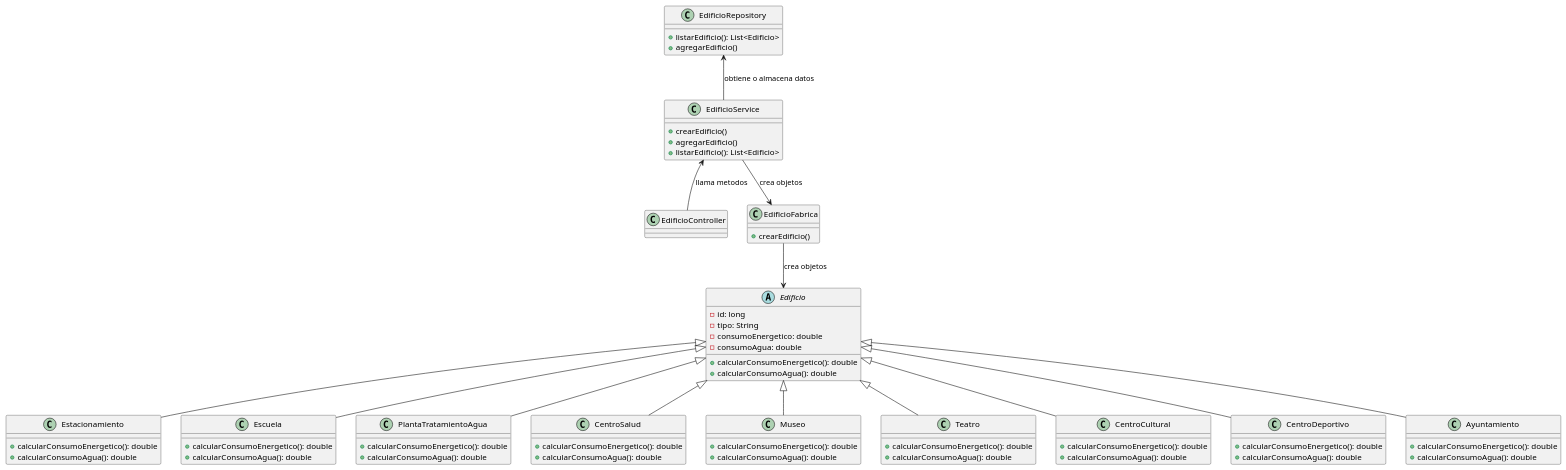
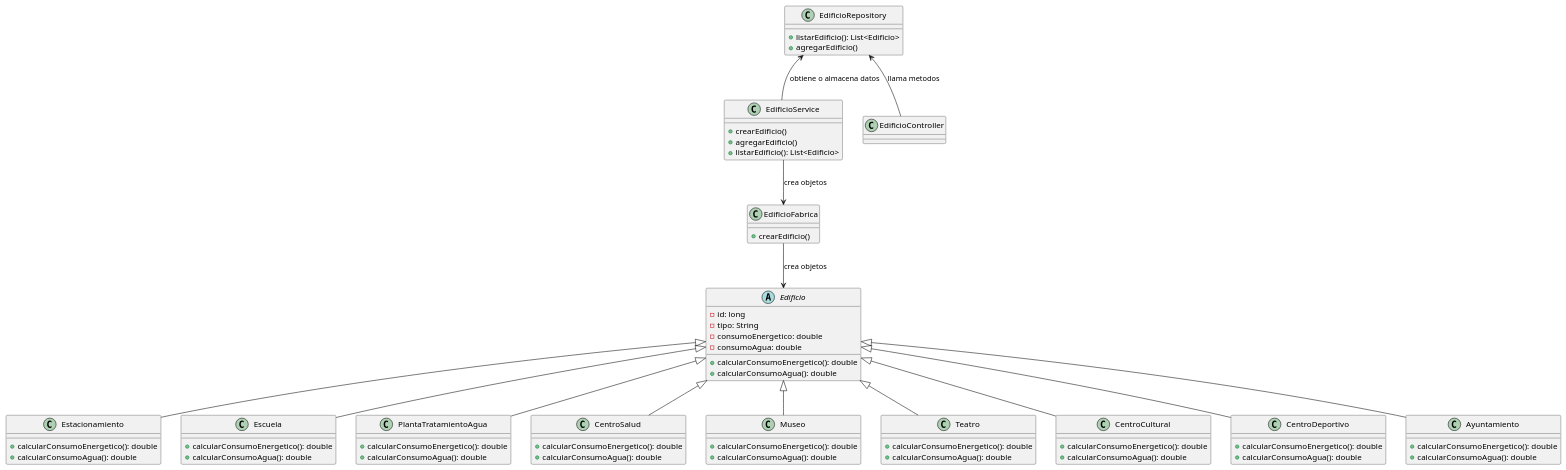
Before and after one commit to Grupo-Wakanda/GestionEdificios: the diagram in uml/GestionEdificios.puml, drawn with PlantUML. The commit also changed 1 other file, not shown here.

Commit message:
correccion uml

```diff
--- a/uml/GestionEdificios.puml
+++ b/uml/GestionEdificios.puml
@@ -1,79 +1,79 @@
 @startuml
 'https://plantuml.com/class-diagram
 
 class Estacionamiento{
     +calcularConsumoEnergetico(): double
     +calcularConsumoAgua(): double
 }
 class Escuela{
      +calcularConsumoEnergetico(): double
      +calcularConsumoAgua(): double
 }
 
 class PlantaTratamientoAgua{
      +calcularConsumoEnergetico(): double
      +calcularConsumoAgua(): double
 }
 class CentroSalud{
      +calcularConsumoEnergetico(): double
      +calcularConsumoAgua(): double
 }
 class Museo{
      +calcularConsumoEnergetico(): double
      +calcularConsumoAgua(): double
 }
 class Teatro{
      +calcularConsumoEnergetico(): double
      +calcularConsumoAgua(): double
 }
 class CentroCultural{
      +calcularConsumoEnergetico(): double
      +calcularConsumoAgua(): double
 }
 class CentroDeportivo{
      +calcularConsumoEnergetico(): double
      +calcularConsumoAgua(): double
 }
 class Ayuntamiento{
      +calcularConsumoEnergetico(): double
      +calcularConsumoAgua(): double
 }
 abstract class Edificio{
     -id: long
     -tipo: String
     -consumoEnergetico: double
     -consumoAgua: double
     +calcularConsumoEnergetico(): double
     +calcularConsumoAgua(): double
 }
 
 class Estacionamiento extends Edificio
 class Ayuntamiento extends Edificio
 class Teatro extends Edificio
 class CentroSalud extends Edificio
 class CentroDeportivo extends Edificio
 class CentroCultural extends Edificio
 class Escuela extends Edificio
 class Museo extends Edificio
 class PlantaTratamientoAgua extends Edificio
 
 class EdificioService{
     +crearEdificio()
     +agregarEdificio()
     +listarEdificio(): List<Edificio>
 }
 class EdificioRepository{
     +listarEdificio(): List<Edificio>
     +agregarEdificio()
 }
 
 class EdificioController{}
 class EdificioFabrica{
     +crearEdificio()
 }
 
 EdificioRepository <-- EdificioService: obtiene o almacena datos
-EdificioService <-- EdificioController: llama metodos
+EdificioRepository <-- EdificioController: llama metodos
 EdificioService --> EdificioFabrica: crea objetos
 EdificioFabrica --> Edificio: crea objetos
 @enduml
```
